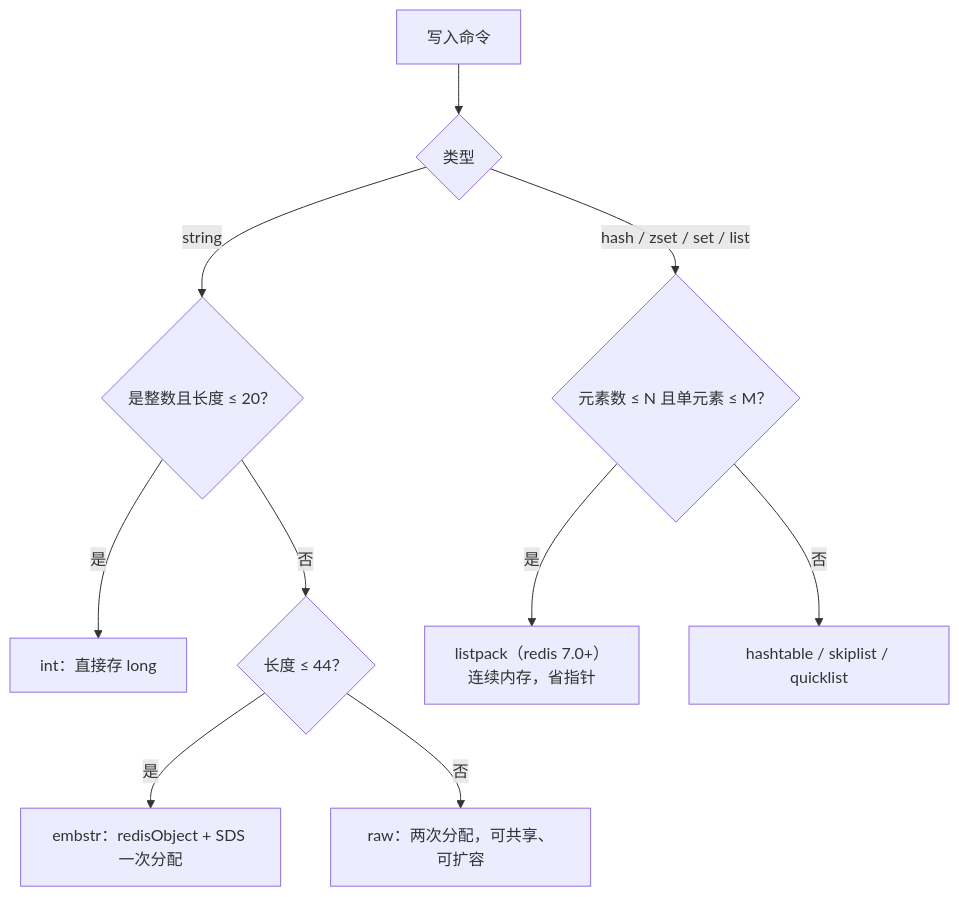
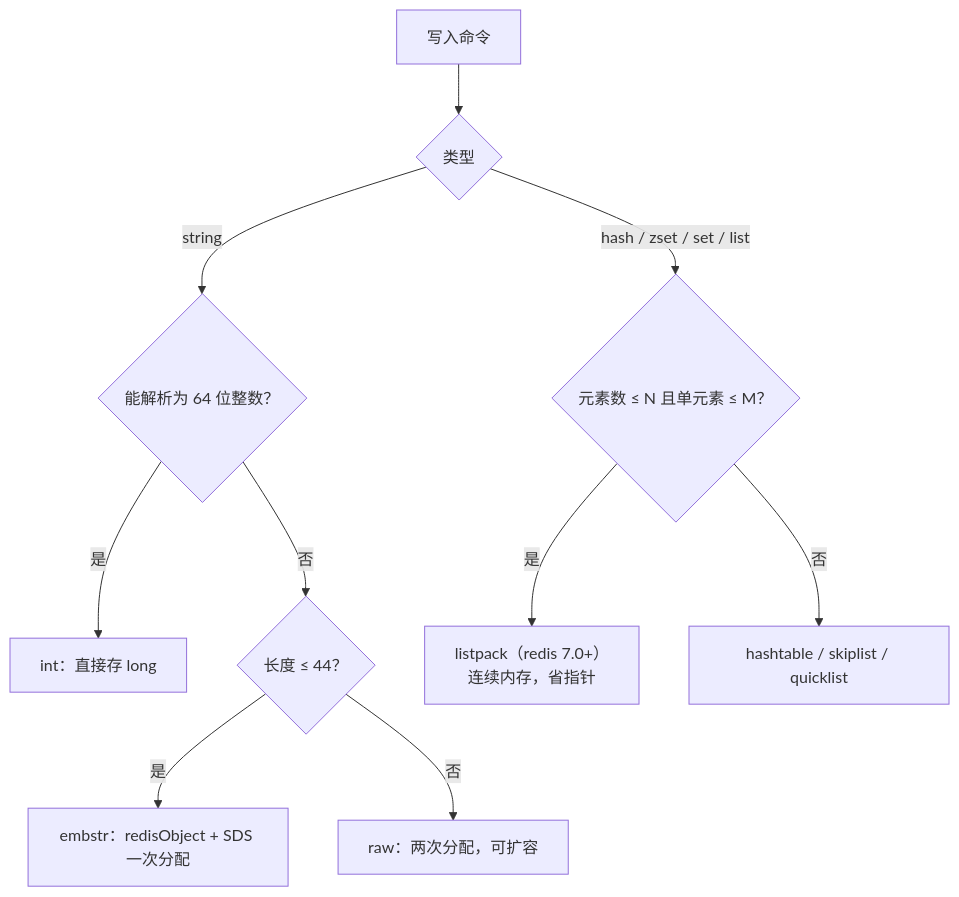
The first of 3 diagrams in redis/summary.md (yu-yu-rong/full-stack-guide), drawn with Mermaid before and after one commit. The commit also changed other lines of this file and 1 other file, not shown here.

Commit message:
校对 Redis 总结与跳表笔记：修正版本特性归属、span 示意图数值、复杂度口径与逻辑表述

````diff
--- a/redis/summary.md
+++ b/redis/summary.md
@@ -155,12 +156,12 @@
 ```mermaid
 flowchart TD
     A["写入命令"] --> B{"类型"}
-    B -->|string| C{"是整数且长度 ≤ 20？"}
+    B -->|string| C{"能解析为 64 位整数？"}
     C -->|是| C1["int：直接存 long"]
     C -->|否| C2{"长度 ≤ 44？"}
     C2 -->|是| C3["embstr：redisObject + SDS 一次分配"]
-    C2 -->|否| C4["raw：两次分配，可共享、可扩容"]
+    C2 -->|否| C4["raw：两次分配，可扩容"]
     B -->|"hash / zset / set / list"| D{"元素数 ≤ N 且单元素 ≤ M？"}
     D -->|是| D1["listpack（redis 7.0+）<br/>连续内存，省指针"]
     D -->|否| D2["hashtable / skiplist / quicklist"]
 ```
````
